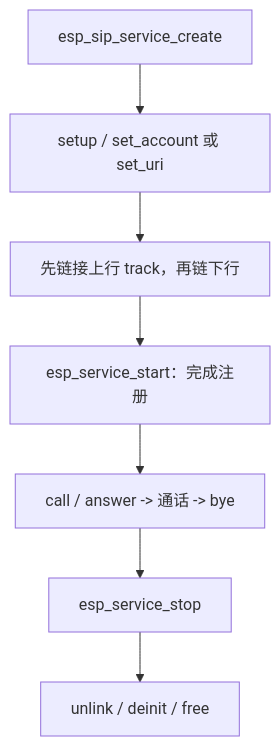
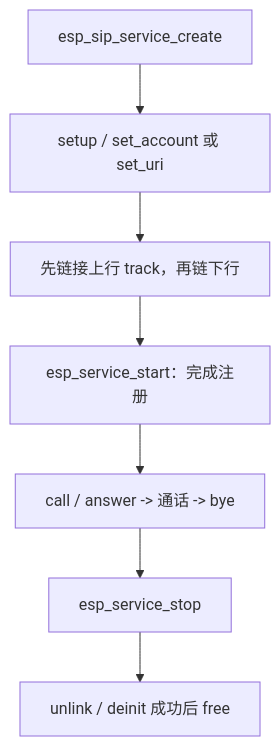
One commit to espressif/esp-adf changed the second of 2 diagrams in components/esp_sip_service/README_CN.md. Above: the diagram before and after it, drawn with Mermaid. The commit also changed other lines of this file and 221 other files, not shown here.

````diff
--- a/components/esp_sip_service/README_CN.md
+++ b/components/esp_sip_service/README_CN.md
@@ -49,9 +49,9 @@
 ```mermaid
 flowchart TD
     A[esp_sip_service_create] --> B[setup / set_account 或 set_uri]
     B --> C[先链接上行 track，再链下行]
     C --> D[esp_service_start：完成注册]
     D --> E[call / answer -> 通话 -> bye]
     E --> F[esp_service_stop]
-    F --> G[unlink / deinit / free]
+    F --> G[unlink / deinit 成功后 free]
 ```
````
